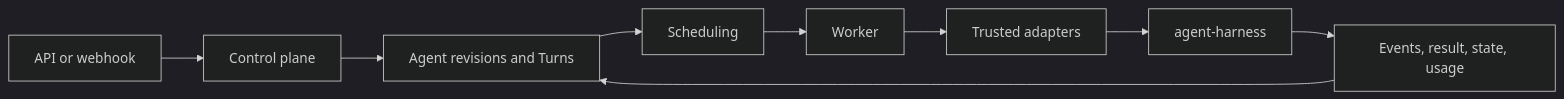
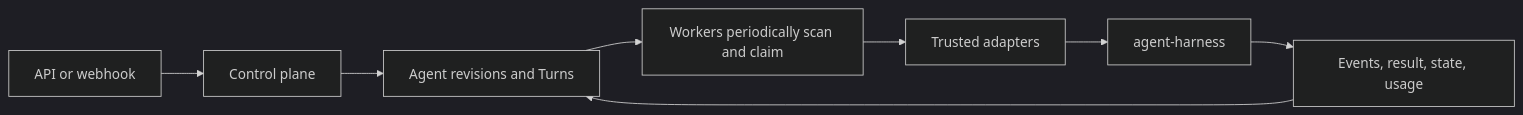
The second of 4 diagrams in spec/README.md (LTThreeComma/agent-foundation), drawn with Mermaid (dark theme) before and after one commit. The commit also changed other lines of this file and 21 other files, not shown here.

````diff
--- a/spec/README.md
+++ b/spec/README.md
@@ -185,11 +185,10 @@
 ```mermaid
 flowchart LR
     Ingress[API or webhook] --> Control[Control plane]
     Control --> Durable[Agent revisions and Turns]
-    Durable --> Queue[Scheduling]
-    Queue --> Worker[Worker]
+    Durable --> Worker[Workers periodically scan and claim]
     Worker --> Reconstruct[Trusted adapters]
     Reconstruct --> Harness[agent-harness]
     Harness --> Candidate[Events, result, state, usage]
     Candidate --> Durable
 ```
````
